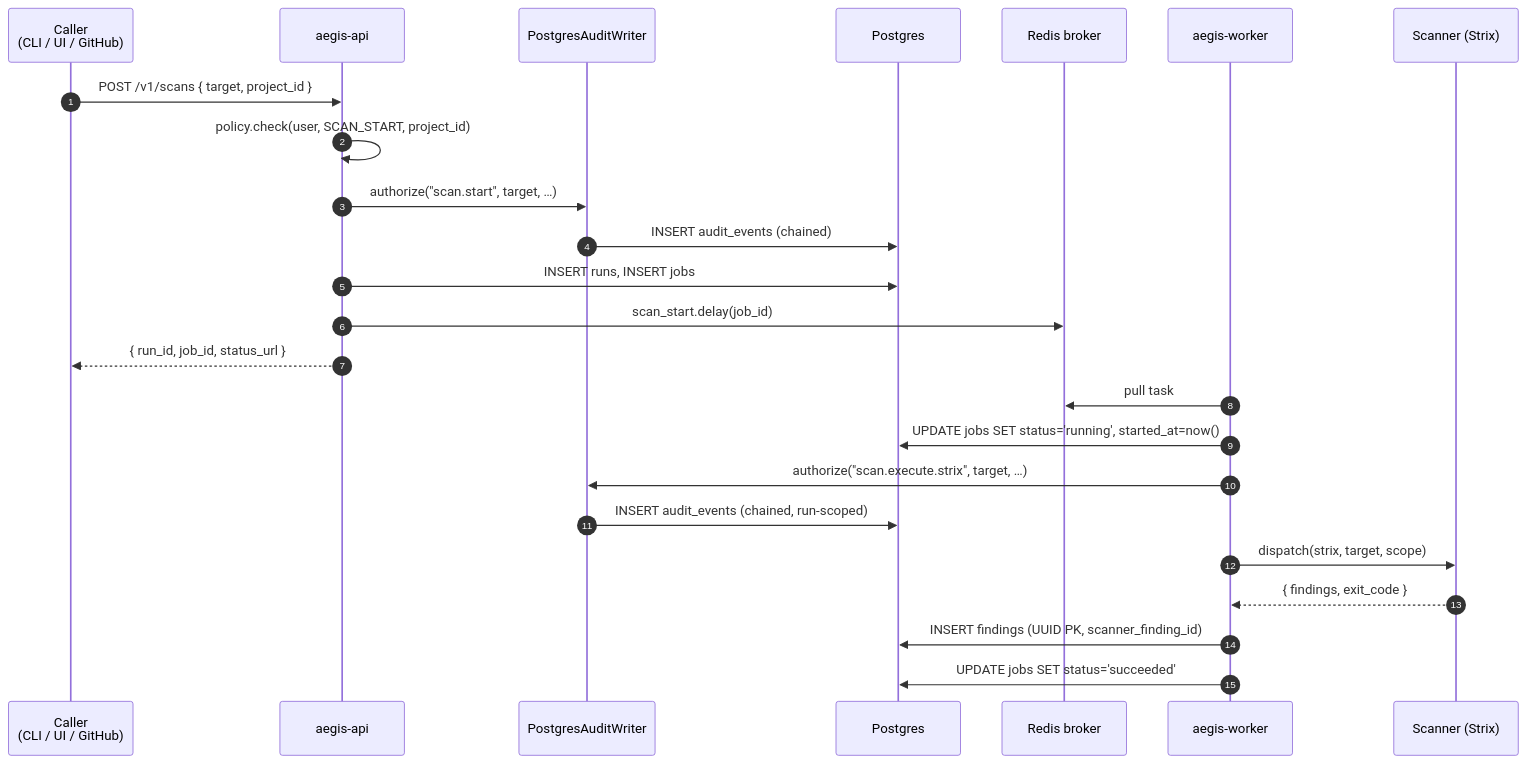
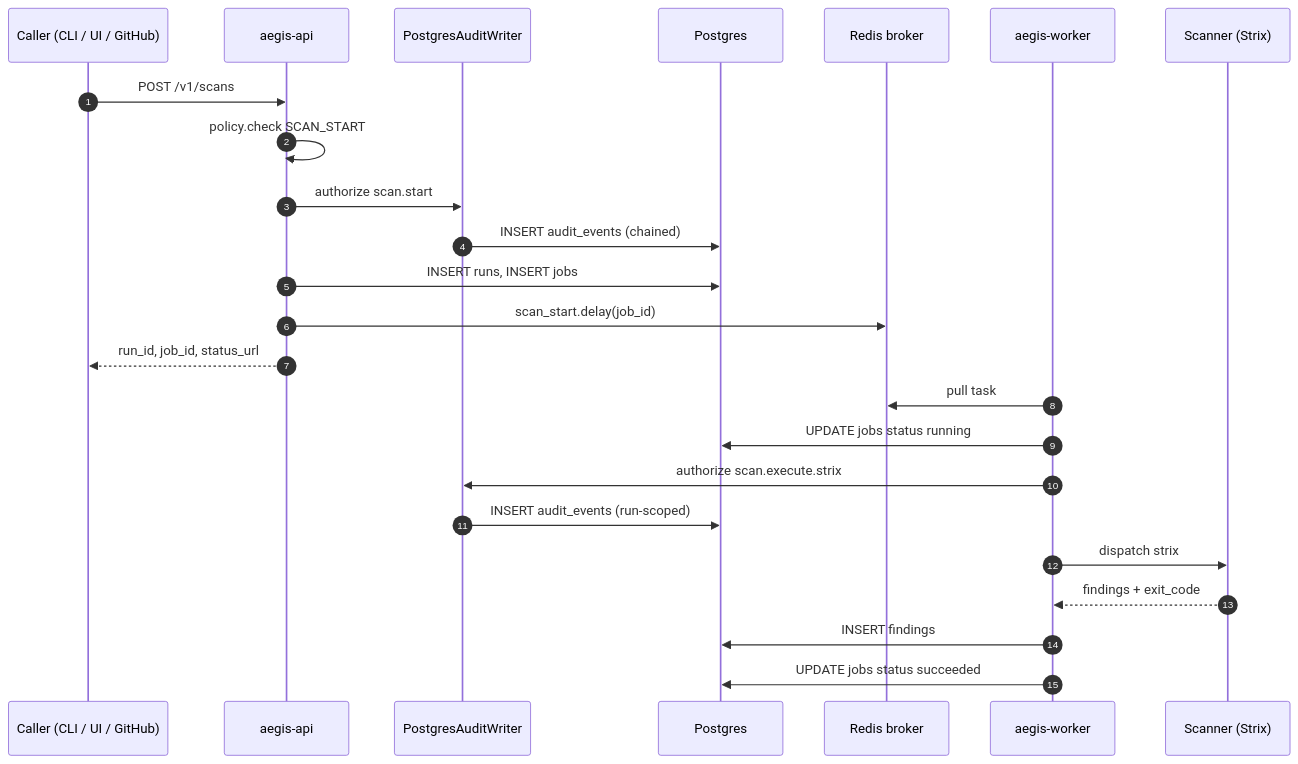
One commit to IntelliBridge/ndia-red-team-simulator changed the third of 6 diagrams in docs/architecture/overview.md. Above: the diagram before and after it, drawn with Mermaid. The commit also changed other lines of this file and 8 other files, not shown here.

First line of the commit message:
mkdocs: fix every mermaid diagram against the Mermaid 11 parser

````diff
--- a/docs/architecture/overview.md
+++ b/docs/architecture/overview.md
@@ -132,28 +145,28 @@
 ```mermaid
 sequenceDiagram
     autonumber
-    participant U as Caller<br/>(CLI / UI / GitHub)
+    participant U as Caller (CLI / UI / GitHub)
     participant API as aegis-api
     participant Wr as PostgresAuditWriter
     participant DB as Postgres
     participant Q as Redis broker
     participant W as aegis-worker
     participant S as Scanner (Strix)
 
-    U->>API: POST /v1/scans  { target, project_id }
-    API->>API: policy.check(user, SCAN_START, project_id)
-    API->>Wr: authorize("scan.start", target, …)
+    U->>API: POST /v1/scans
+    API->>API: policy.check SCAN_START
+    API->>Wr: authorize scan.start
     Wr->>DB: INSERT audit_events (chained)
     API->>DB: INSERT runs, INSERT jobs
     API->>Q: scan_start.delay(job_id)
-    API-->>U: { run_id, job_id, status_url }
+    API-->>U: run_id, job_id, status_url
 
     W->>Q: pull task
-    W->>DB: UPDATE jobs SET status='running', started_at=now()
-    W->>Wr: authorize("scan.execute.strix", target, …)
-    Wr->>DB: INSERT audit_events (chained, run-scoped)
-    W->>S: dispatch(strix, target, scope)
-    S-->>W: { findings, exit_code }
-    W->>DB: INSERT findings (UUID PK, scanner_finding_id)
-    W->>DB: UPDATE jobs SET status='succeeded'
+    W->>DB: UPDATE jobs status running
+    W->>Wr: authorize scan.execute.strix
+    Wr->>DB: INSERT audit_events (run-scoped)
+    W->>S: dispatch strix
+    S-->>W: findings + exit_code
+    W->>DB: INSERT findings
+    W->>DB: UPDATE jobs status succeeded
 ```
````
